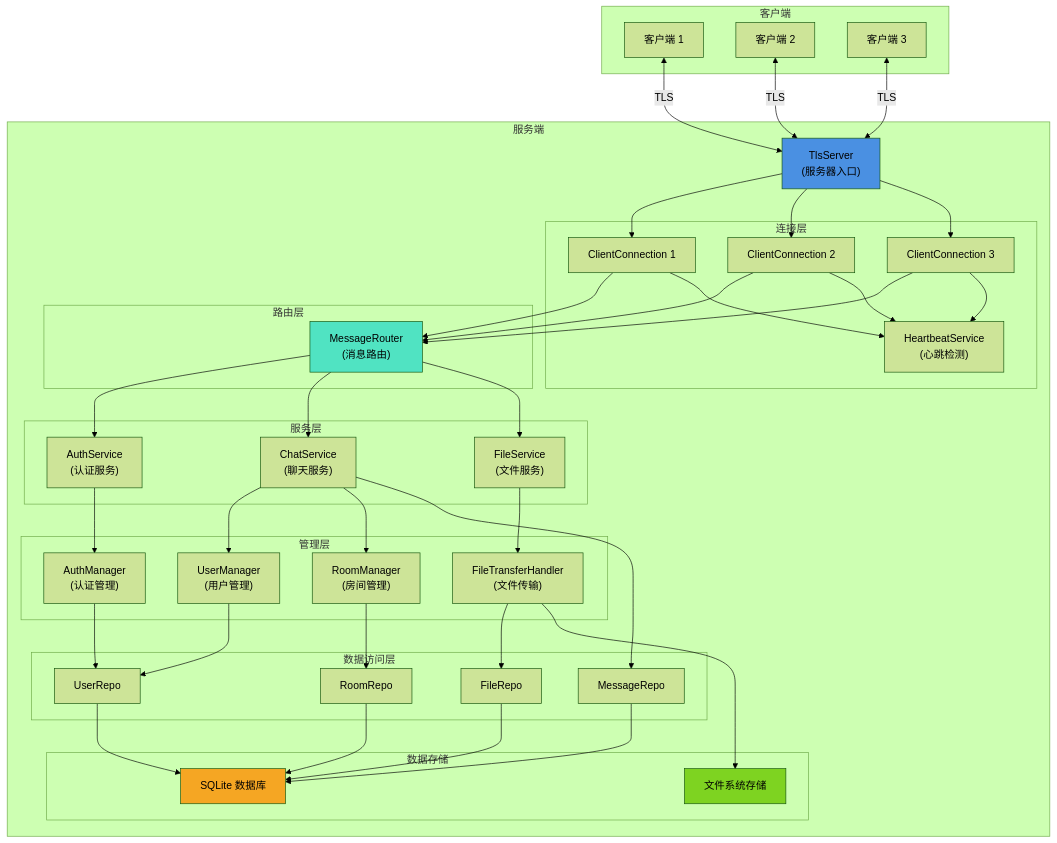
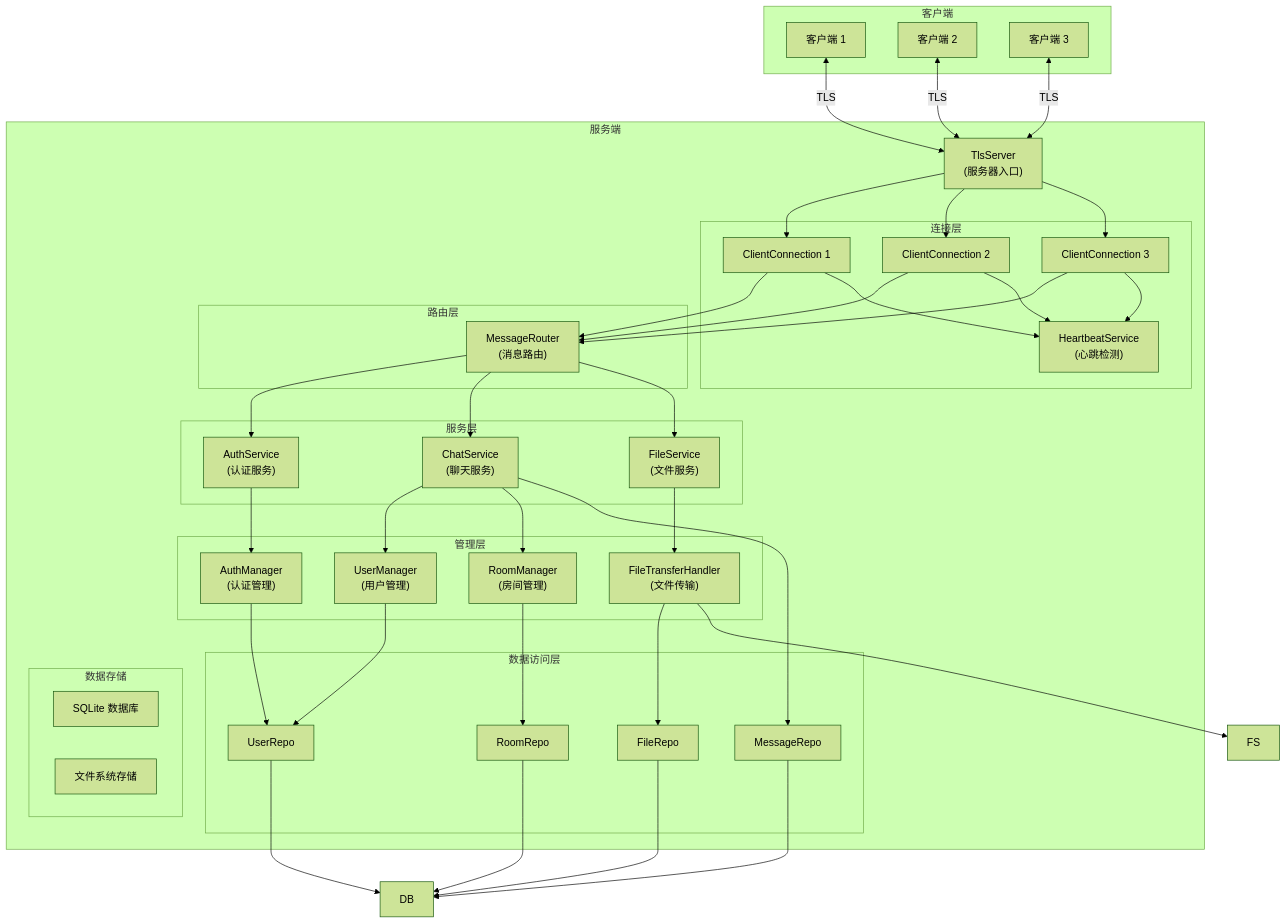
One commit to Mercury-Ghost/LanChat-CLI changed the diagram in docs/api/server-api.md. Above: the diagram before and after it, drawn with Mermaid (forest theme). The commit also changed other lines of this file and 7 other files, not shown here.

````diff
--- a/docs/api/server-api.md
+++ b/docs/api/server-api.md
@@ -2230,40 +2756,30 @@
     end
     
     subgraph "服务端"
-        TlsServer["TlsServer
-        (服务器入口)"]
+        TlsServer["TlsServer\n(服务器入口)"]
         
         subgraph "连接层"
             Conn1["ClientConnection 1"]
             Conn2["ClientConnection 2"]
             Conn3["ClientConnection 3"]
-            Heartbeat["HeartbeatService
-            (心跳检测)"]
+            Heartbeat["HeartbeatService\n(心跳检测)"]
         end
         
         subgraph "路由层"
-            Router["MessageRouter
-            (消息路由)"]
+            Router["MessageRouter\n(消息路由)"]
         end
         
         subgraph "服务层"
-            AuthService["AuthService
-            (认证服务)"]
-            ChatService["ChatService
-            (聊天服务)"]
-            FileService["FileService
-            (文件服务)"]
+            AuthService["AuthService\n(认证服务)"]
+            ChatService["ChatService\n(聊天服务)"]
+            FileService["FileService\n(文件服务)"]
         end
         
         subgraph "管理层"
-            AuthManager["AuthManager
-            (认证管理)"]
-            UserManager["UserManager
-            (用户管理)"]
-            RoomManager["RoomManager
-            (房间管理)"]
-            FileHandler["FileTransferHandler
-            (文件传输)"]
+            AuthManager["AuthManager\n(认证管理)"]
+            UserManager["UserManager\n(用户管理)"]
+            RoomManager["RoomManager\n(房间管理)"]
+            FileHandler["FileTransferHandler\n(文件传输)"]
         end
         
         subgraph "数据访问层"
@@ -2310,15 +2826,10 @@
     ChatService --> MessageRepo
     FileHandler --> FileRepo
     
-    UserRepo --> SQLite
-    RoomRepo --> SQLite
-    MessageRepo --> SQLite
-    FileRepo --> SQLite
-    
-    FileHandler --> Files
-    
-    style TlsServer fill:#4a90e2
-    style Router fill:#50e3c2
-    style SQLite fill:#f5a623
-    style Files fill:#7ed321
+    UserRepo --> DB
+    RoomRepo --> DB
+    MessageRepo --> DB
+    FileRepo --> DB
+
+    FileHandler --> FS
 ```
````
